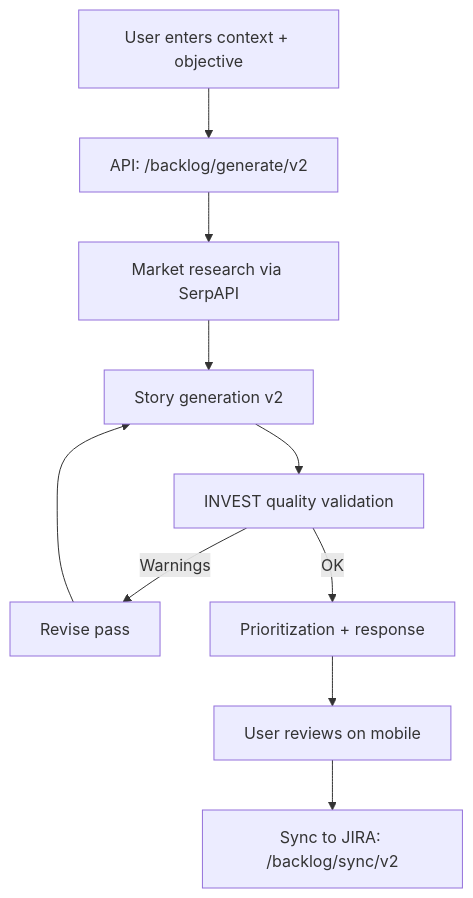
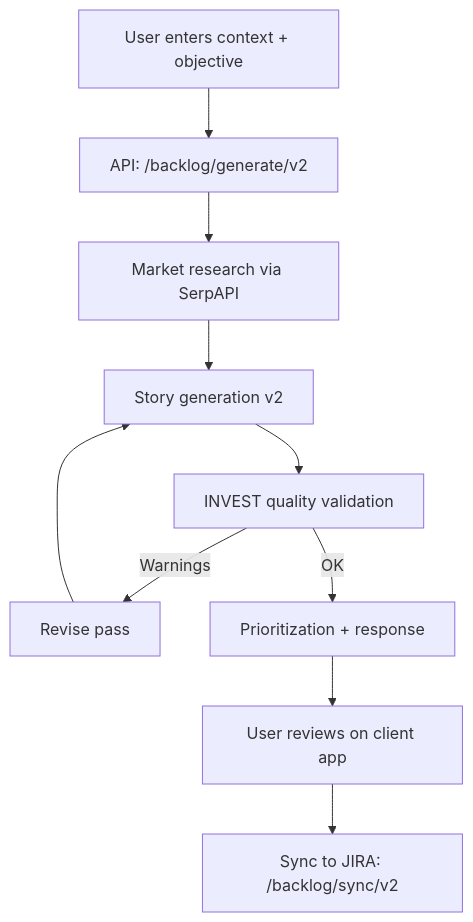
Before and after one commit to winitramesh2/BacklogAI: the second of 5 diagrams in ARCHITECTURE.md, drawn with Mermaid. The commit also changed other lines of this file and 4 other files, not shown here.

````diff
--- a/ARCHITECTURE.md
+++ b/ARCHITECTURE.md
@@ -87,12 +90,12 @@
 ```mermaid
 flowchart TD
   A[User enters context + objective] --> B[API: /backlog/generate/v2]
   B --> C[Market research via SerpAPI]
   C --> D[Story generation v2]
   D --> E[INVEST quality validation]
   E -->|Warnings| F[Revise pass]
   F --> D
   E -->|OK| G[Prioritization + response]
-  G --> H[User reviews on mobile]
+  G --> H[User reviews on client app]
   H --> I[Sync to JIRA: /backlog/sync/v2]
 ```
````
